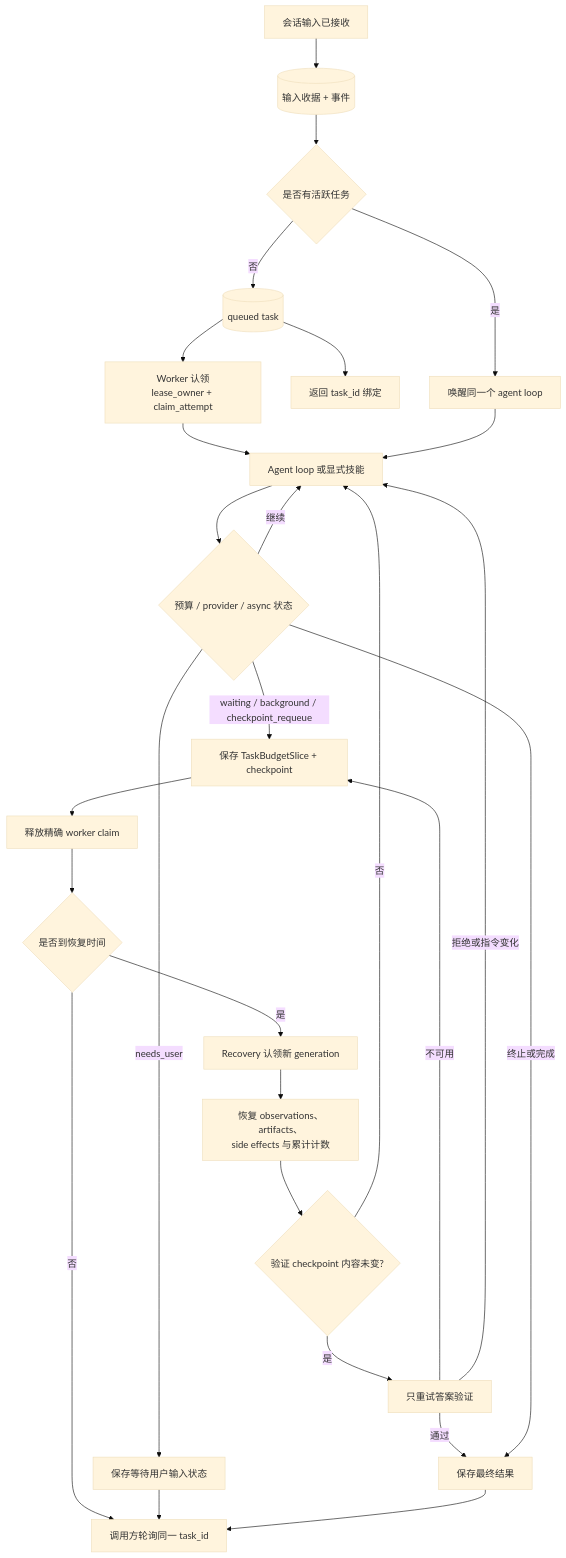
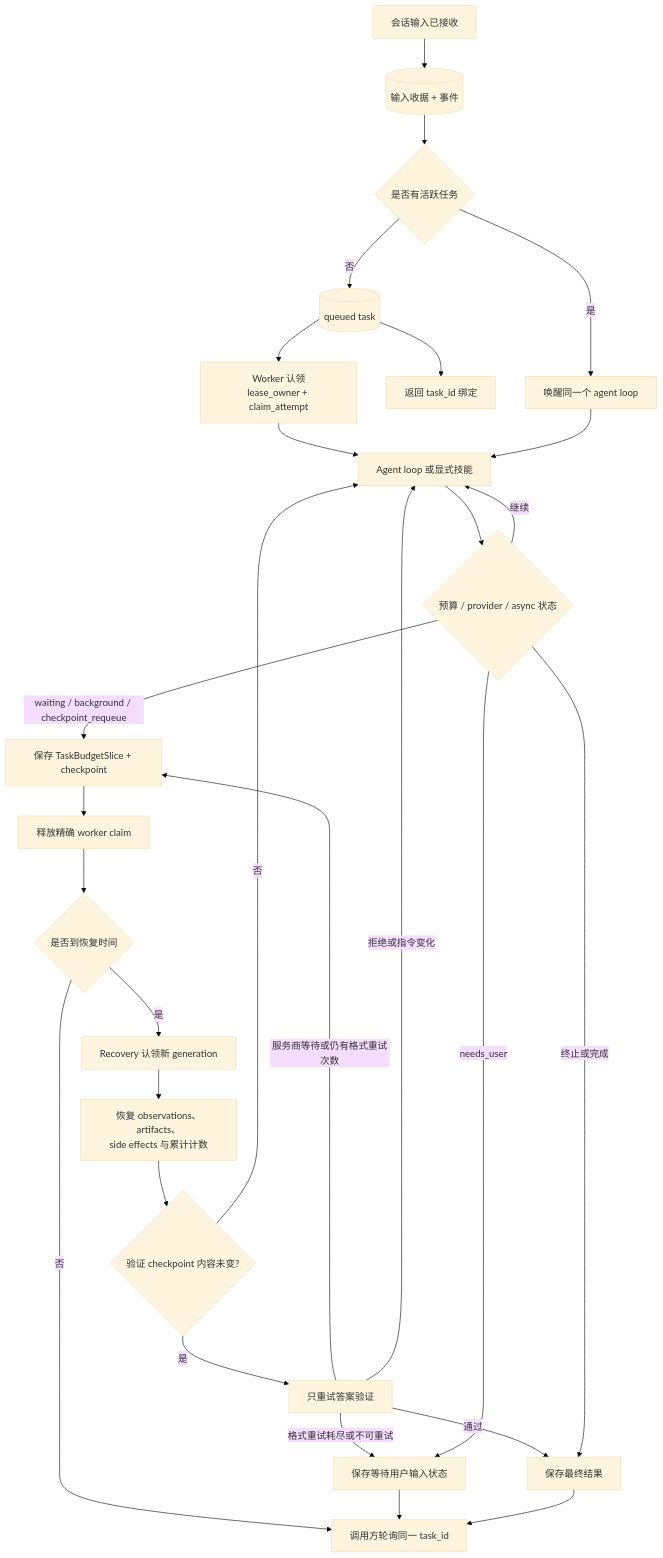
Before and after one commit to MatrixCoreX/RustClaw: the second of 5 diagrams in docs/architecture/03-task-state-context.zh-CN.md, drawn with Mermaid (base theme). The commit also changed other lines of this file and 27 other files, not shown here.

````diff
--- a/docs/architecture/03-task-state-context.zh-CN.md
+++ b/docs/architecture/03-task-state-context.zh-CN.md
@@ -93,29 +96,30 @@
 ```mermaid
 flowchart TD
     A[会话输入已接收] --> A1[(输入收据 + 事件)]
     A1 --> A2{是否有活跃任务}
     A2 -->|否| B[(queued task)]
     A2 -->|是| A3[唤醒同一个 agent loop]
     B --> C[返回 task_id 绑定]
     B --> D[Worker 认领<br/>lease_owner + claim_attempt]
     D --> E[Agent loop 或显式技能]
     A3 --> E
     E --> F{预算 / provider / async 状态}
     F -->|继续| E
     F -->|waiting / background / checkpoint_requeue| G[保存 TaskBudgetSlice + checkpoint]
     G --> H[释放精确 worker claim]
     H --> I{是否到恢复时间}
     I -->|否| J[调用方轮询同一 task_id]
     I -->|是| K[Recovery 认领新 generation]
     K --> L[恢复 observations、artifacts、<br/>side effects 与累计计数]
     L --> LV{验证 checkpoint 内容未变?}
     LV -->|是| VV[只重试答案验证]
     LV -->|否| E
     VV -->|通过| M
-    VV -->|不可用| G
+    VV -->|服务商等待或仍有格式重试次数| G
+    VV -->|格式重试耗尽或不可重试| N
     VV -->|拒绝或指令变化| E
     F -->|needs_user| N[保存等待用户输入状态]
     N --> J
     F -->|终止或完成| M[保存最终结果]
     M --> J
 ```
````
